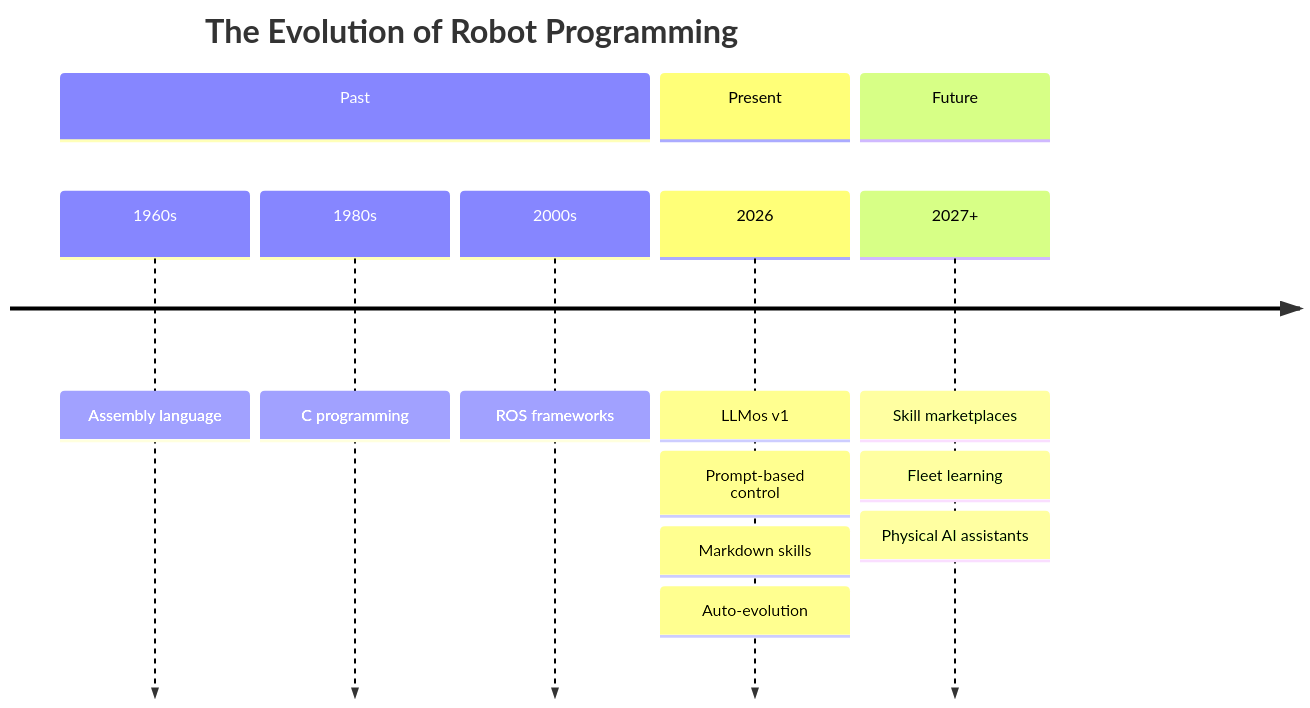
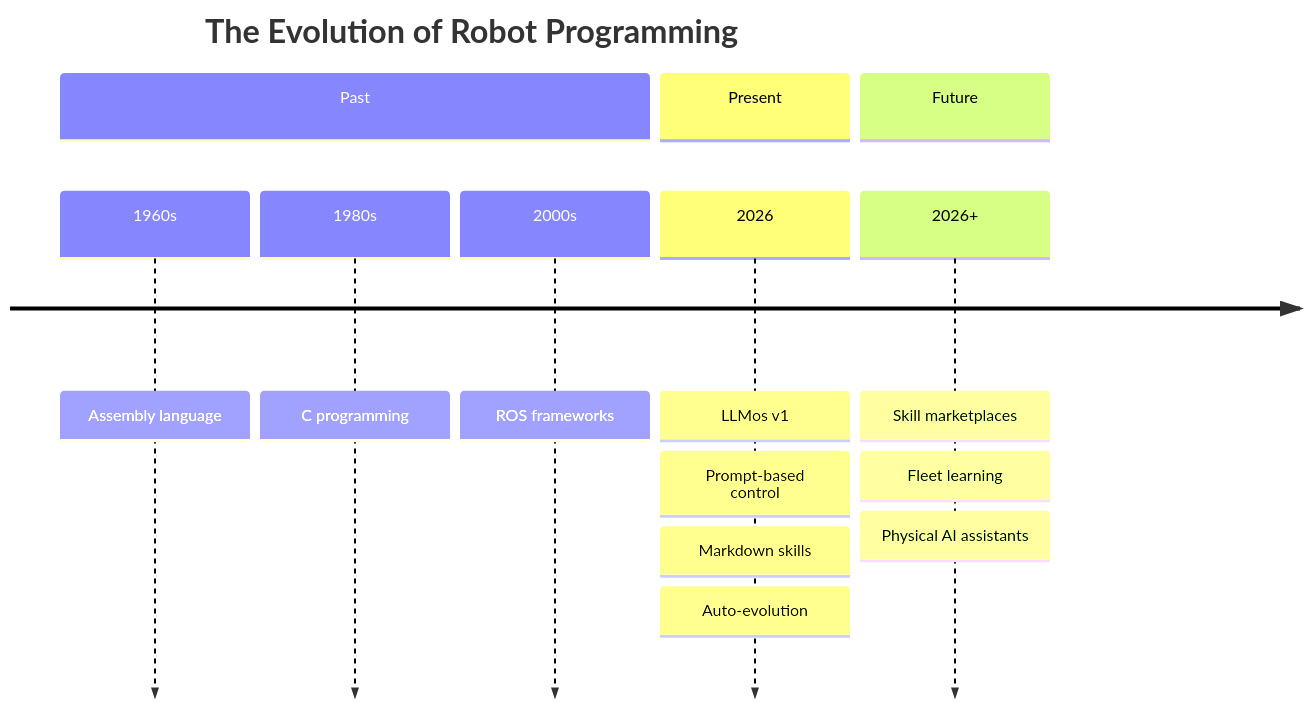
One commit to EvolvingAgentsLabs/llmos changed the tenth of 10 diagrams in articles/AI_PHYSICAL_AGENTS_AND_THE_SMARTPHONE_MOMENT_FOR_ROBOTICS.md. Above: the diagram before and after it, drawn with Mermaid.

Commit message:
Update year for skill marketplaces in Future section

````diff
--- a/articles/AI_PHYSICAL_AGENTS_AND_THE_SMARTPHONE_MOMENT_FOR_ROBOTICS.md
+++ b/articles/AI_PHYSICAL_AGENTS_AND_THE_SMARTPHONE_MOMENT_FOR_ROBOTICS.md
@@ -355,20 +355,20 @@
 ```mermaid
 timeline
     title The Evolution of Robot Programming
 
     section Past
         1960s : Assembly language
         1980s : C programming
         2000s : ROS frameworks
 
     section Present
         2026 : LLMos v1
               : Prompt-based control
               : Markdown skills
               : Auto-evolution
 
     section Future
-        2027+ : Skill marketplaces
+        2026+ : Skill marketplaces
               : Fleet learning
               : Physical AI assistants
 ```
````
